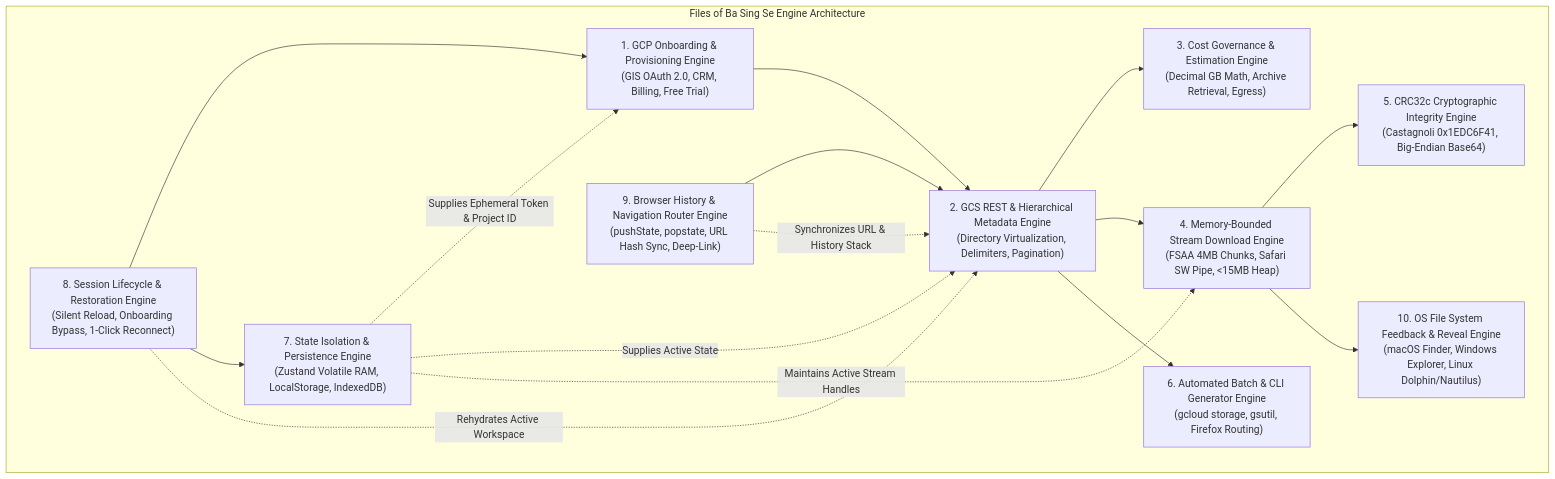
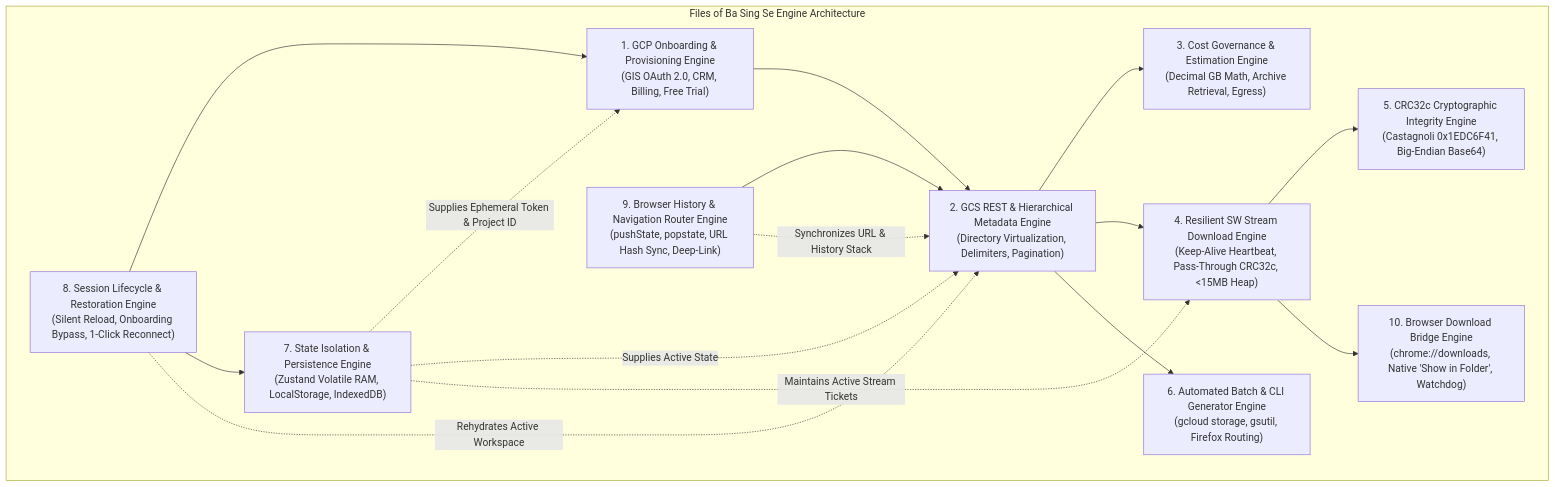
One commit to NovaLogicDev/FilesOfBaSingSe changed the first of 8 diagrams in docs/requirements/system_engines_design_specification.md. Above: the diagram before and after it, drawn with Mermaid. The commit also changed other lines of this file and 9 other files, not shown here.

Commit message:
docs: converge on resilient service worker streaming architecture and native browser download integration

````diff
--- a/docs/requirements/system_engines_design_specification.md
+++ b/docs/requirements/system_engines_design_specification.md
@@ -10,30 +10,30 @@
 ```mermaid
 flowchart TD
     subgraph CoreEngines ["Files of Ba Sing Se Engine Architecture"]
         E1["1. GCP Onboarding & Provisioning Engine\n(GIS OAuth 2.0, CRM, Billing, Free Trial)"]
         E2["2. GCS REST & Hierarchical Metadata Engine\n(Directory Virtualization, Delimiters, Pagination)"]
         E3["3. Cost Governance & Estimation Engine\n(Decimal GB Math, Archive Retrieval, Egress)"]
-        E4["4. Memory-Bounded Stream Download Engine\n(FSAA 4MB Chunks, Safari SW Pipe, <15MB Heap)"]
+        E4["4. Resilient SW Stream Download Engine\n(Keep-Alive Heartbeat, Pass-Through CRC32c, <15MB Heap)"]
         E5["5. CRC32c Cryptographic Integrity Engine\n(Castagnoli 0x1EDC6F41, Big-Endian Base64)"]
         E6["6. Automated Batch & CLI Generator Engine\n(gcloud storage, gsutil, Firefox Routing)"]
         E7["7. State Isolation & Persistence Engine\n(Zustand Volatile RAM, LocalStorage, IndexedDB)"]
         E8["8. Session Lifecycle & Restoration Engine\n(Silent Reload, Onboarding Bypass, 1-Click Reconnect)"]
         E9["9. Browser History & Navigation Router Engine\n(pushState, popstate, URL Hash Sync, Deep-Link)"]
-        E10["10. OS File System Feedback & Reveal Engine\n(macOS Finder, Windows Explorer, Linux Dolphin/Nautilus)"]
+        E10["10. Browser Download Bridge Engine\n(chrome://downloads, Native 'Show in Folder', Watchdog)"]
     end
 
     E8 --> E1
     E8 --> E7
     E1 --> E2
     E9 --> E2
     E2 --> E3
     E2 --> E4
     E4 --> E5
     E4 --> E10
     E2 --> E6
     E7 -.->|"Supplies Ephemeral Token & Project ID"| E1
     E7 -.->|"Supplies Active State"| E2
-    E7 -.->|"Maintains Active Stream Handles"| E4
+    E7 -.->|"Maintains Active Stream Tickets"| E4
     E8 -.->|"Rehydrates Active Workspace"| E2
     E9 -.->|"Synchronizes URL & History Stack"| E2
 ```
````
